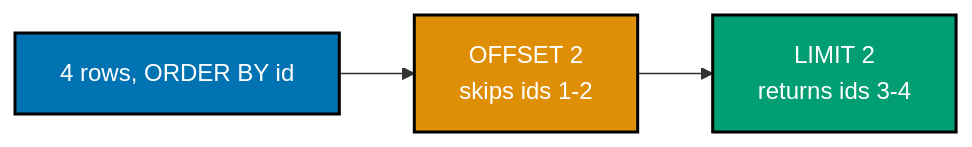
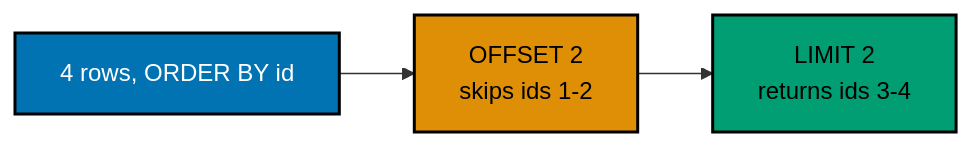
Before and after one commit to wahidyankf/ose-public: the first of 9 diagrams in apps/ayokoding-www/content/en/learn/courses/sql-essentials/learning/beginner.md, drawn with Mermaid. The commit also changed other lines of this file and 145 other files, not shown here.

First line of the commit message:
fix(mermaid): bring the second half of the courses diagrams onto the accessible palette

````diff
--- a/apps/ayokoding-www/content/en/learn/courses/sql-essentials/learning/beginner.md
+++ b/apps/ayokoding-www/content/en/learn/courses/sql-essentials/learning/beginner.md
@@ -684,12 +684,15 @@
 ```mermaid
 %% Color Palette: Blue #0173B2, Orange #DE8F05, Teal #029E73 -- color-blind friendly, WCAG AA
 flowchart LR
+    accTitle: Example 15: Limit Offset Paging
+    accDescr: Flowchart with 3 nodes and 2 connections. Nodes: 4 rows, ORDER BY id, OFFSET 2 skips ids 1-2, LIMIT 2 returns ids 3-4. Connections: 4 rows, ORDER BY id to OFFSET 2 skips ids 1-2, OFFSET 2 skips ids 1-2 to LIMIT 2 returns ids 3-4.
     A["4 rows, ORDER BY id"]:::blue
     B["OFFSET 2<br/>skips ids 1-2"]:::orange
     C["LIMIT 2<br/>returns ids 3-4"]:::teal
     A --> B --> C
 
     classDef blue fill:#0173B2,stroke:#000000,color:#FFFFFF,stroke-width:2px
-    classDef orange fill:#DE8F05,stroke:#000000,color:#FFFFFF,stroke-width:2px
-    classDef teal fill:#029E73,stroke:#000000,color:#FFFFFF,stroke-width:2px
+    classDef orange fill:#DE8F05,stroke:#000000,color:#000000,stroke-width:2px
+    classDef teal fill:#029E73,stroke:#000000,color:#000000,stroke-width:2px
+    classDef default fill:#FFFFFF,stroke:#000000,color:#000000
 ```
````
